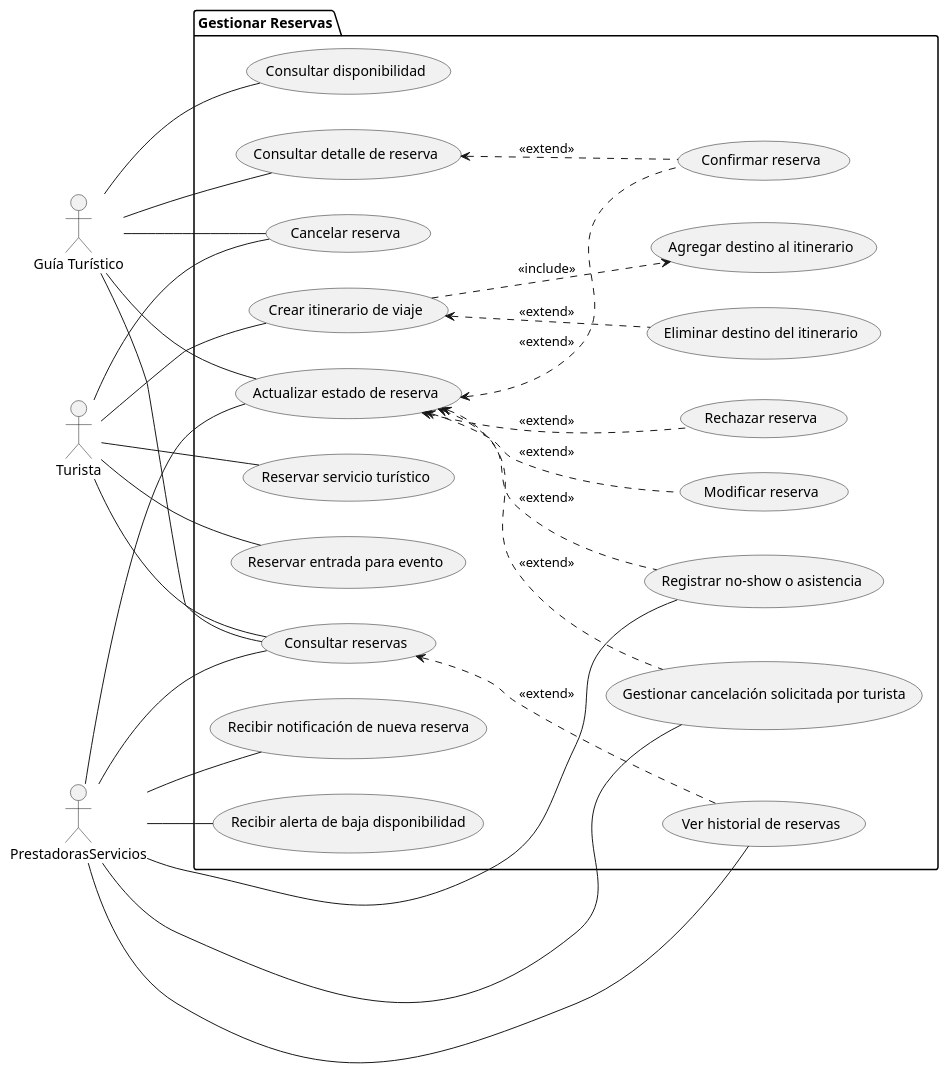
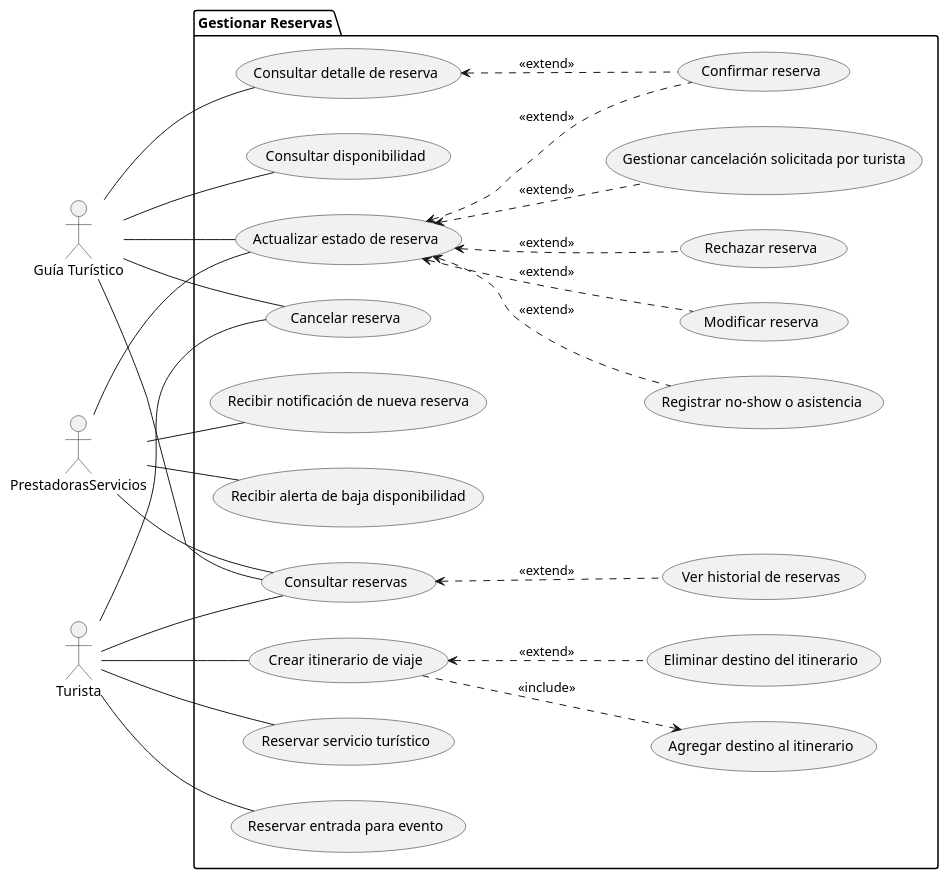
Before and after one commit to LJSaumeth/SM-Xplore-Proto: the diagram in docs/modelos/uc-lvl-1/gestionar-reservas/diagrama.puml, drawn with PlantUML. The commit also changed 1 other file, not shown here.

Commit message:
Fix actor links in use case diagrams

```diff
--- a/docs/modelos/uc-lvl-1/gestionar-reservas/diagrama.puml
+++ b/docs/modelos/uc-lvl-1/gestionar-reservas/diagrama.puml
@@ -1,57 +1,54 @@
 @startuml
 left to right direction
 
 actor "Guía Turístico" as GUI_Actor
 actor PrestadorasServicios as PRE_Actor
 actor Turista as TUR_Actor
 
 package "Gestionar Reservas" {
     usecase "Consultar reservas" as UC_consultar
     usecase "Consultar detalle de reserva" as GUI_UC_detalle
     usecase "Actualizar estado de reserva" as UC_estado
     usecase "Confirmar reserva" as GUI_UC_confirmar
     usecase "Modificar reserva" as GUI_UC_modificar
     usecase "Cancelar reserva" as UC_cancelar
     usecase "Consultar disponibilidad" as GUI_UC_disponibilidad
     usecase "Rechazar reserva" as GUI_UC_rechazar
     usecase "Recibir notificación de nueva reserva" as PRE_UC_notificacion
     usecase "Recibir alerta de baja disponibilidad" as PRE_UC_alerta
     usecase "Gestionar cancelación solicitada por turista" as PRE_UC_cancelacion
     usecase "Ver historial de reservas" as PRE_UC_historial
     usecase "Registrar no-show o asistencia" as PRE_UC_asistencia
     usecase "Crear itinerario de viaje" as TUR_UC_itinerario
     usecase "Reservar servicio turístico" as TUR_UC_servicio
     usecase "Reservar entrada para evento" as TUR_UC_evento
     usecase "Agregar destino al itinerario" as TUR_UC_agregar
     usecase "Eliminar destino del itinerario" as TUR_UC_eliminar
 }
 
 GUI_Actor -- UC_consultar
 GUI_Actor -- GUI_UC_detalle
 GUI_Actor -- UC_estado
 GUI_Actor -- UC_cancelar
 GUI_Actor -- GUI_UC_disponibilidad
 PRE_Actor -- UC_consultar
 PRE_Actor -- UC_estado
 PRE_Actor -- PRE_UC_notificacion
 PRE_Actor -- PRE_UC_alerta
-PRE_Actor -- PRE_UC_cancelacion
-PRE_Actor -- PRE_UC_historial
-PRE_Actor -- PRE_UC_asistencia
 TUR_Actor -- UC_consultar
 TUR_Actor -- UC_cancelar
 TUR_Actor -- TUR_UC_itinerario
 TUR_Actor -- TUR_UC_servicio
 TUR_Actor -- TUR_UC_evento
 
 GUI_UC_detalle <.. GUI_UC_confirmar : <<extend>>
 UC_estado <.. GUI_UC_confirmar : <<extend>>
 UC_estado <.. GUI_UC_modificar : <<extend>>
 UC_estado <.. GUI_UC_rechazar : <<extend>>
 UC_estado <.. PRE_UC_cancelacion : <<extend>>
 UC_estado <.. PRE_UC_asistencia : <<extend>>
 UC_consultar <.. PRE_UC_historial : <<extend>>
 TUR_UC_itinerario ..> TUR_UC_agregar : <<include>>
 TUR_UC_itinerario <.. TUR_UC_eliminar : <<extend>>
 
 @enduml
```
